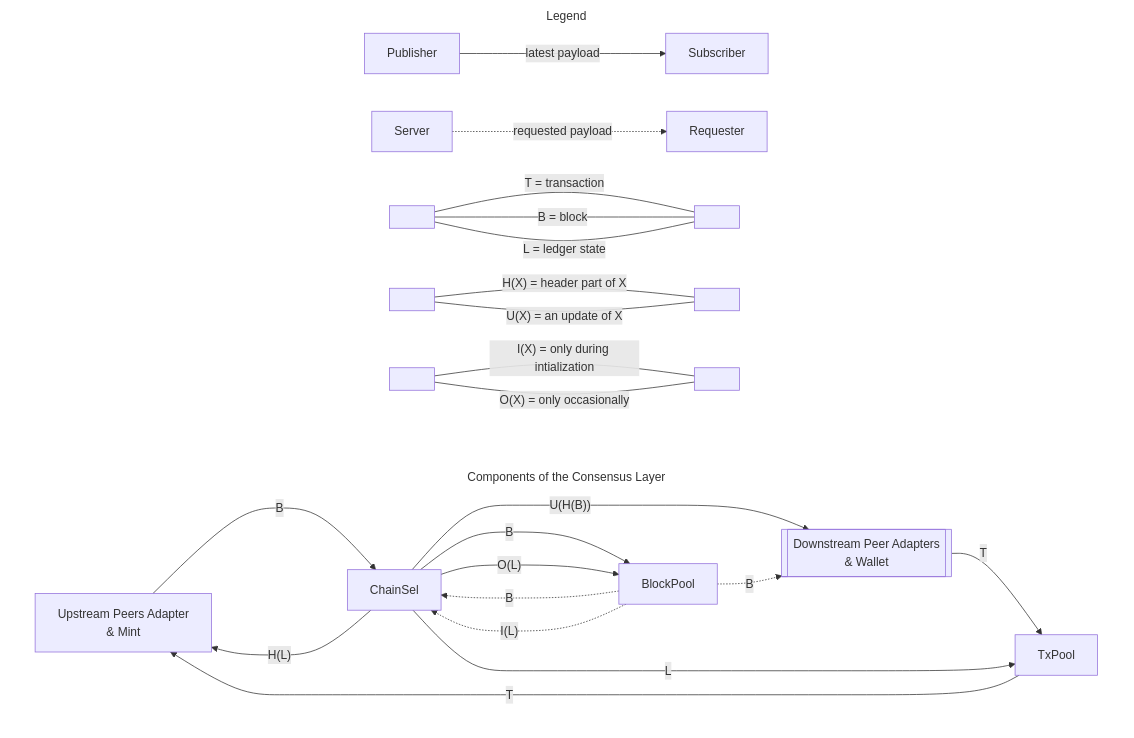
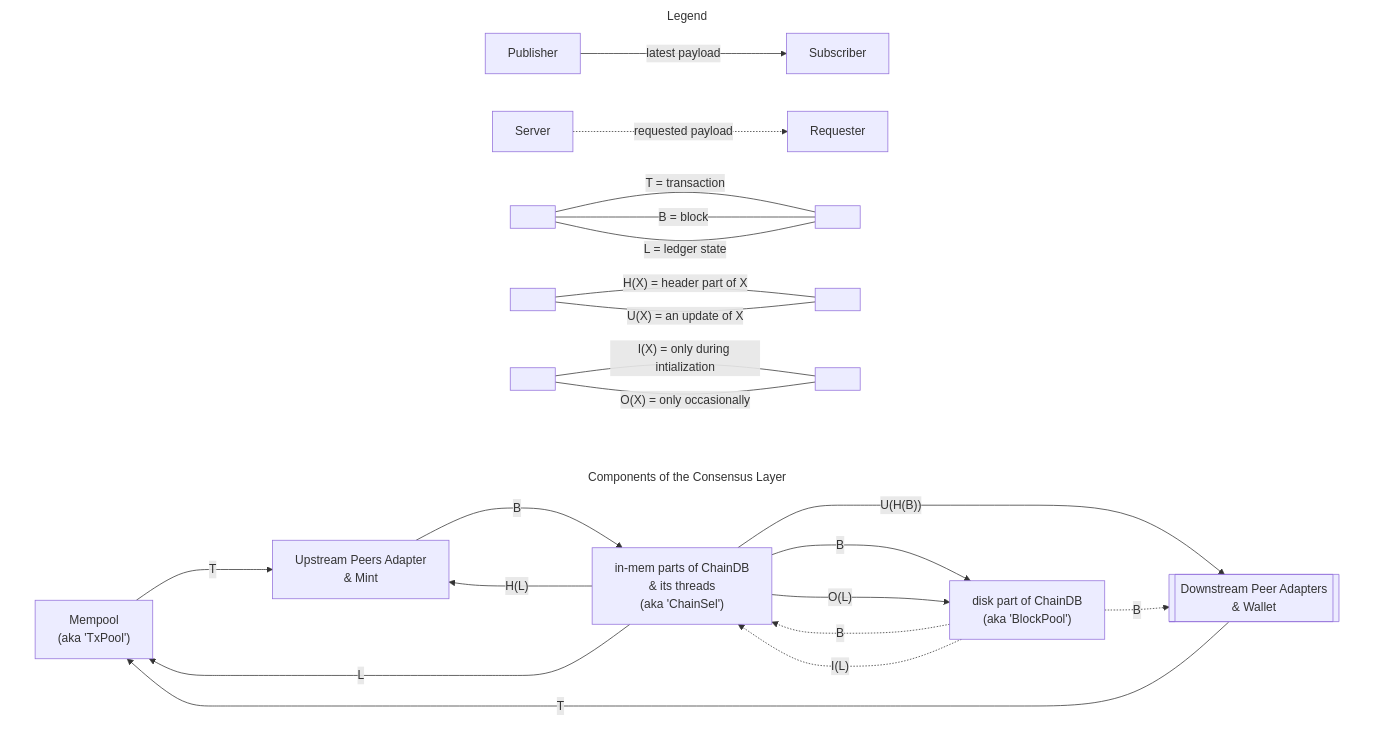
One commit to IntersectMBO/ouroboros-consensus changed the first of 2 diagrams in docs/website/docs/ComponentDiagram.md. Above: the diagram before and after it, drawn with Mermaid.

Commit message:
TOSQUASH: better align names

````diff
--- a/docs/website/docs/ComponentDiagram.md
+++ b/docs/website/docs/ComponentDiagram.md
@@ -3,39 +3,44 @@
 ```mermaid
 graph LR
 
     subgraph Consensus[Components of the Consensus Layer]
         direction LR
+
+        TxPool["Mempool\n(aka 'TxPool')"]
+        BlockPool["disk part of ChainDB\n(aka 'BlockPool')"]
+        ChainSel["in-mem parts of ChainDB\n& its threads\n(aka 'ChainSel')"]
+
         Upstream["Upstream Peers Adapter\n& Mint"]---> |B| ChainSel --> |"U(H(B))"| Downstream[["Downstream Peer Adapters\n& Wallet"]]
         ChainSel ---> |B| BlockPool -.-> |B| Downstream
         Downstream --> |T| TxPool ---> |T| Upstream
 
         ChainSel ---> |"H(L)"| Upstream
         ChainSel --> |L| TxPool
         ChainSel ---> |"O(L)"| BlockPool
 
         BlockPool -.-> |B| ChainSel
         BlockPool -.-> |"I(L)"| ChainSel
     end
 
     subgraph Legend
         direction LR
         Publisher --> |latest payload| Subscriber
         Server -.-> |requested payload| Requester
         X1[" "]
         Y1[" "]
         X1 --- |"T = transaction"| Y1
         X1 --- |"B = block"| Y1
         X1 --- |"L = ledger state"| Y1
         X2[" "]
         Y2[" "]
         X2 --- |"H(X) = header part of X"| Y2
         X2 --- |"U(X) = an update of X"| Y2
         X3[" "]
         Y3[" "]
         X3 --- |"I(X) = only during intialization"| Y3
         X3 --- |"O(X) = only occasionally"| Y3
     end
 
 style Legend    fill:transparent,stroke:transparent
 style Consensus fill:transparent,stroke:transparent
 ```
````
